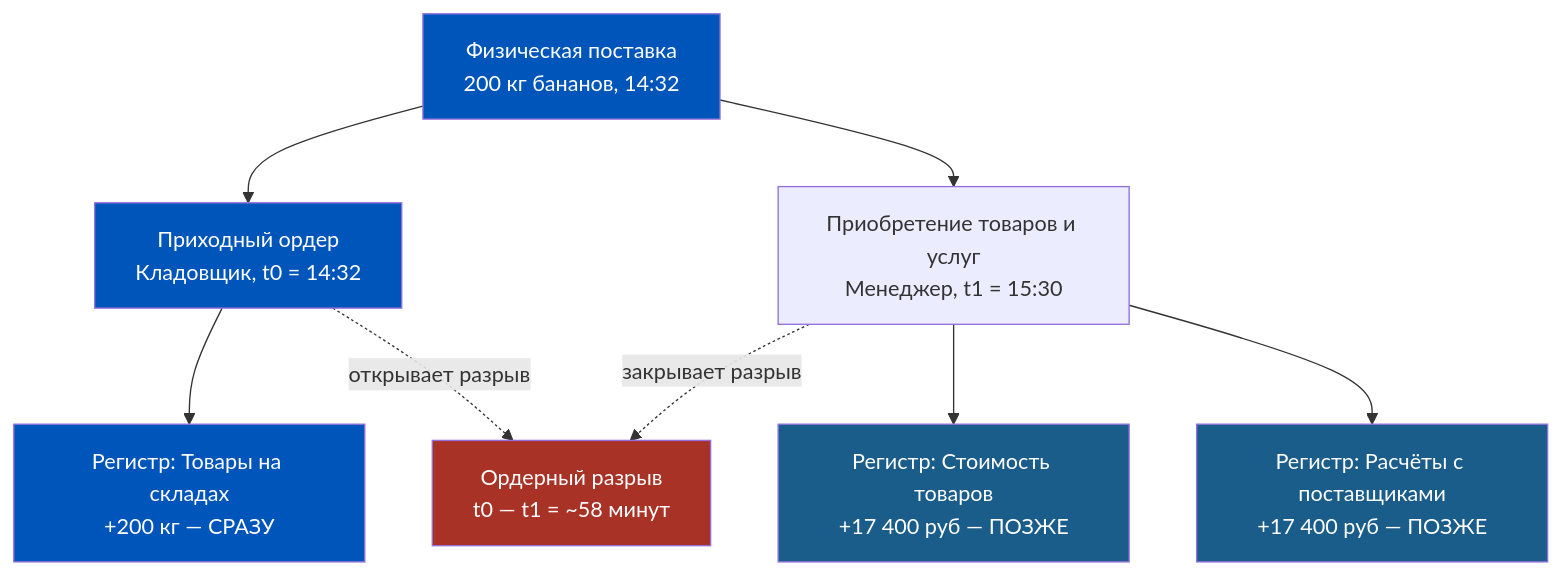
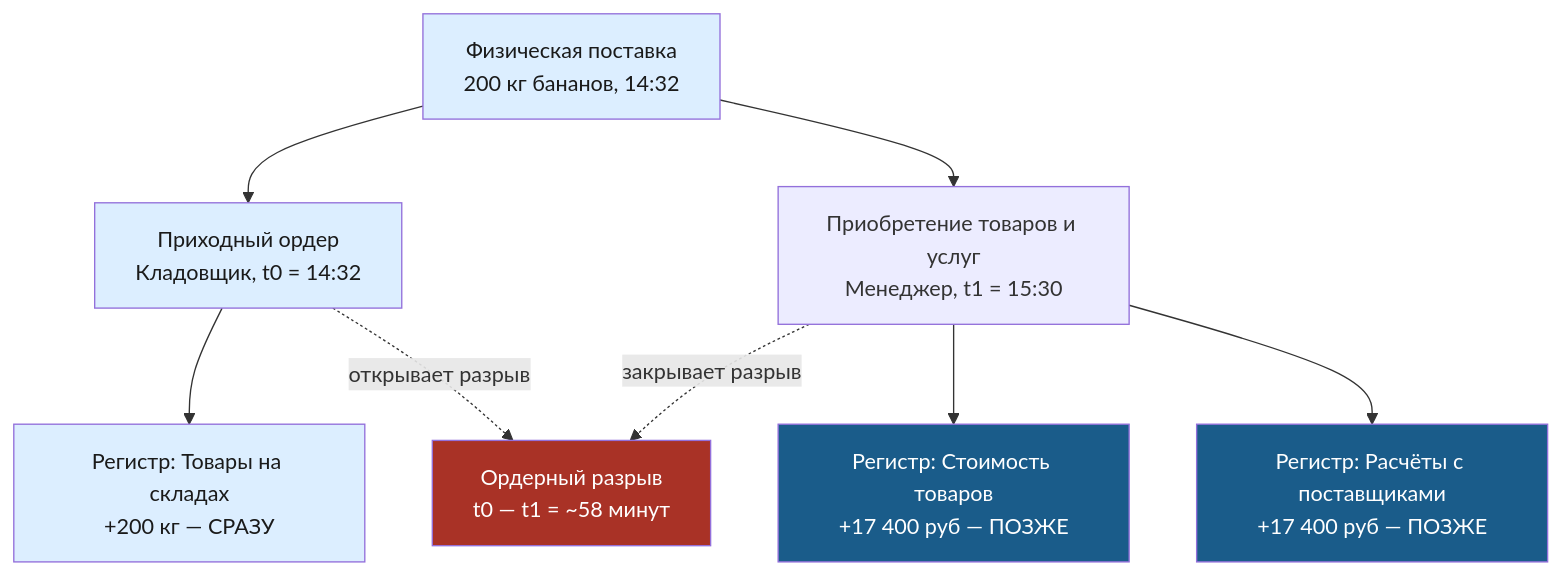
Before and after one commit to murad1986/1c-erp-quartz: the second of 8 diagrams in content/1c-erp/week_4/Неделя 4 - День 1 - Ордерная схема склада.md, drawn with Mermaid. The commit also changed other lines of this file and 57 other files, not shown here.

First line of the commit message:
fix: Mermaid — пастельные цвета в источниках диаграмм (56 файлов)

````diff
--- a/content/1c-erp/week_4/Неделя 4 - День 1 - Ордерная схема склада.md
+++ b/content/1c-erp/week_4/Неделя 4 - День 1 - Ордерная схема склада.md
@@ -112,23 +112,23 @@
 ```mermaid
 flowchart TD
     FAKT["Физическая поставка<br/>200 кг бананов, 14:32"]
 
     FAKT --> PO["Приходный ордер<br/>Кладовщик, t0 = 14:32"]
     FAKT --> PTU["Приобретение товаров и услуг<br/>Менеджер, t1 = 15:30"]
 
     PO --> R1["Регистр: Товары на складах<br/>+200 кг — СРАЗУ"]
     PTU --> R2["Регистр: Стоимость товаров<br/>+17 400 руб — ПОЗЖЕ"]
     PTU --> R3["Регистр: Расчёты с поставщиками<br/>+17 400 руб — ПОЗЖЕ"]
 
     ZONA["Ордерный разрыв<br/>t0 — t1 = ~58 минут"]
 
     PO -. "открывает разрыв" .-> ZONA
     PTU -. "закрывает разрыв" .-> ZONA
 
-    style FAKT fill:#0055BB,color:#fff
-    style PO fill:#0055BB,color:#fff
-    style R1 fill:#0055BB,color:#fff
+    style FAKT fill:#dceeff,color:#1a1a1a
+    style PO fill:#dceeff,color:#1a1a1a
+    style R1 fill:#dceeff,color:#1a1a1a
     style ZONA fill:#A93226,color:#fff
     style R2 fill:#1a5c8a,color:#fff
     style R3 fill:#1a5c8a,color:#fff
 ```
````
